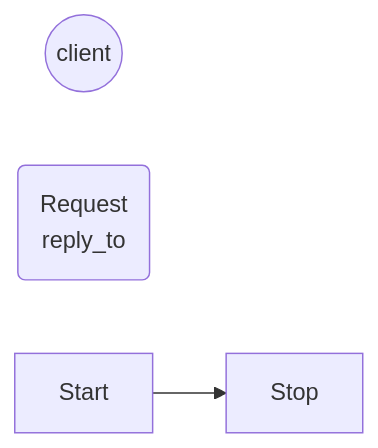
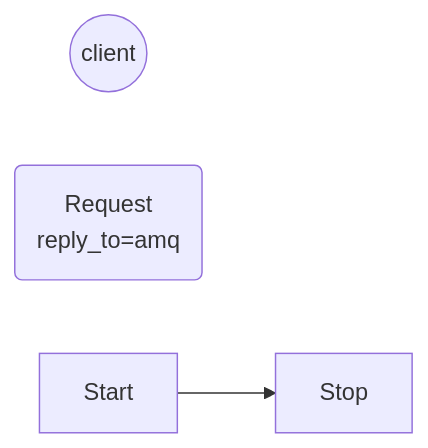
The diagram in all/未命名-7.md (googlelxhgithub/iodraw-files), drawn with Mermaid before and after one commit.

Commit message:
2024-08-30 19:03:38 update

````diff
--- a/all/未命名-7.md
+++ b/all/未命名-7.md
@@ -1,7 +1,7 @@
 ```mermaid
 flowchart LR
     C((client))
-    R(Request\nreply_to)
+    R(Request\nreply_to=amq)
     Start --> Stop
   
 ```
````
